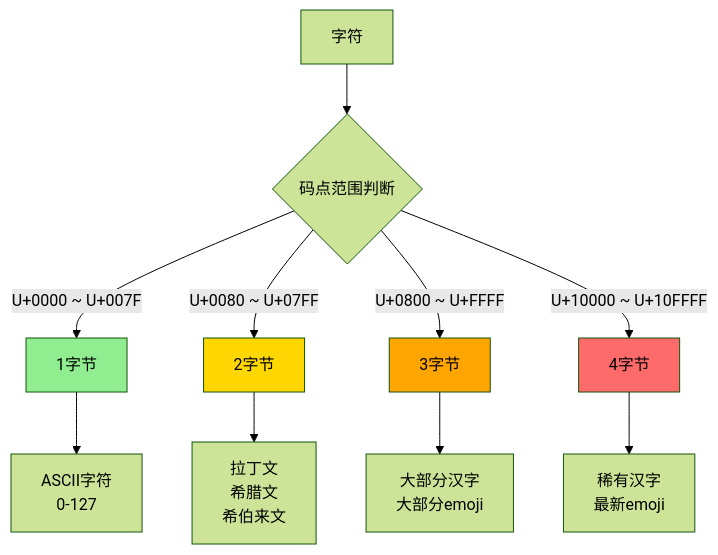
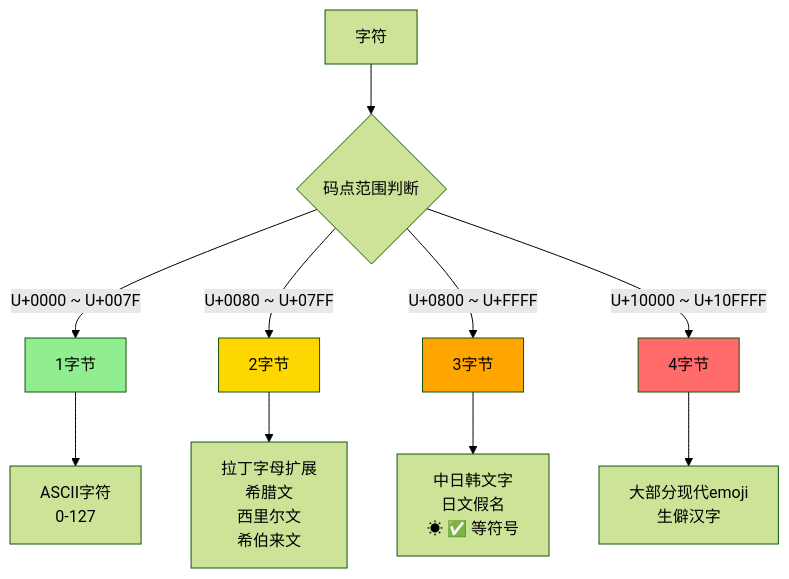
The first of 8 diagrams in content/go/basic/Chapter-01-Lexical-Elements.md (before80/prgms), drawn with Mermaid (forest theme) before and after one commit. The commit also changed other lines of this file and 1645 other files, not shown here.

````diff
--- a/content/go/basic/Chapter-01-Lexical-Elements.md
+++ b/content/go/basic/Chapter-01-Lexical-Elements.md
@@ -195,18 +196,18 @@
 ```mermaid
 flowchart TB
     A[字符] --> B{码点范围判断}
     B -->|U+0000 ~ U+007F| C[1字节]
     B -->|U+0080 ~ U+07FF| D[2字节]
     B -->|U+0800 ~ U+FFFF| E[3字节]
     B -->|U+10000 ~ U+10FFFF| F[4字节]
     
     C --> G[ASCII字符<br/>0-127]
-    D --> H[拉丁文<br/>希腊文<br/>希伯来文]
-    E --> I[大部分汉字<br/>大部分emoji]
-    F --> J[稀有汉字<br/>最新emoji]
+    D --> H[拉丁字母扩展<br/>希腊文<br/>西里尔文<br/>希伯来文]
+    E --> I[中日韩文字<br/>日文假名<br/>☀ ✅ 等符号]
+    F --> J[大部分现代emoji<br/>生僻汉字]
     
     style C fill:#90EE90
     style D fill:#FFD700
     style E fill:#FFA500
     style F fill:#FF6B6B
 ```
````
